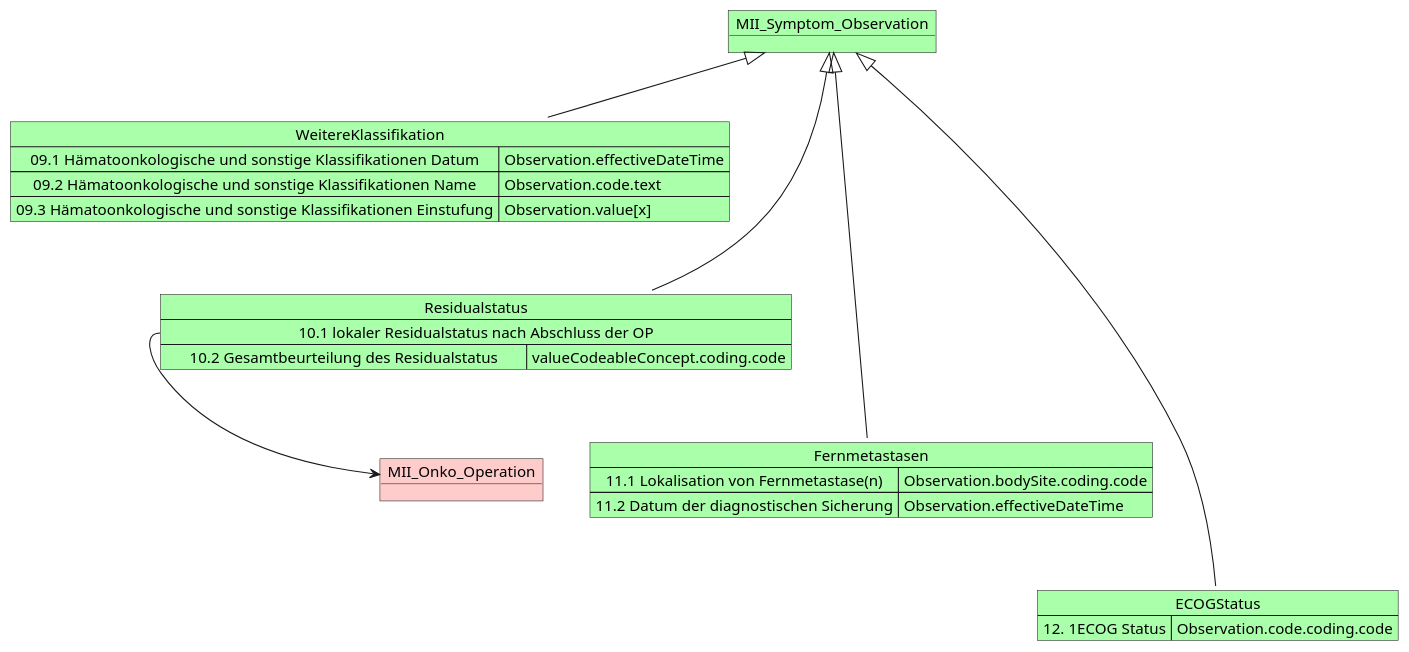
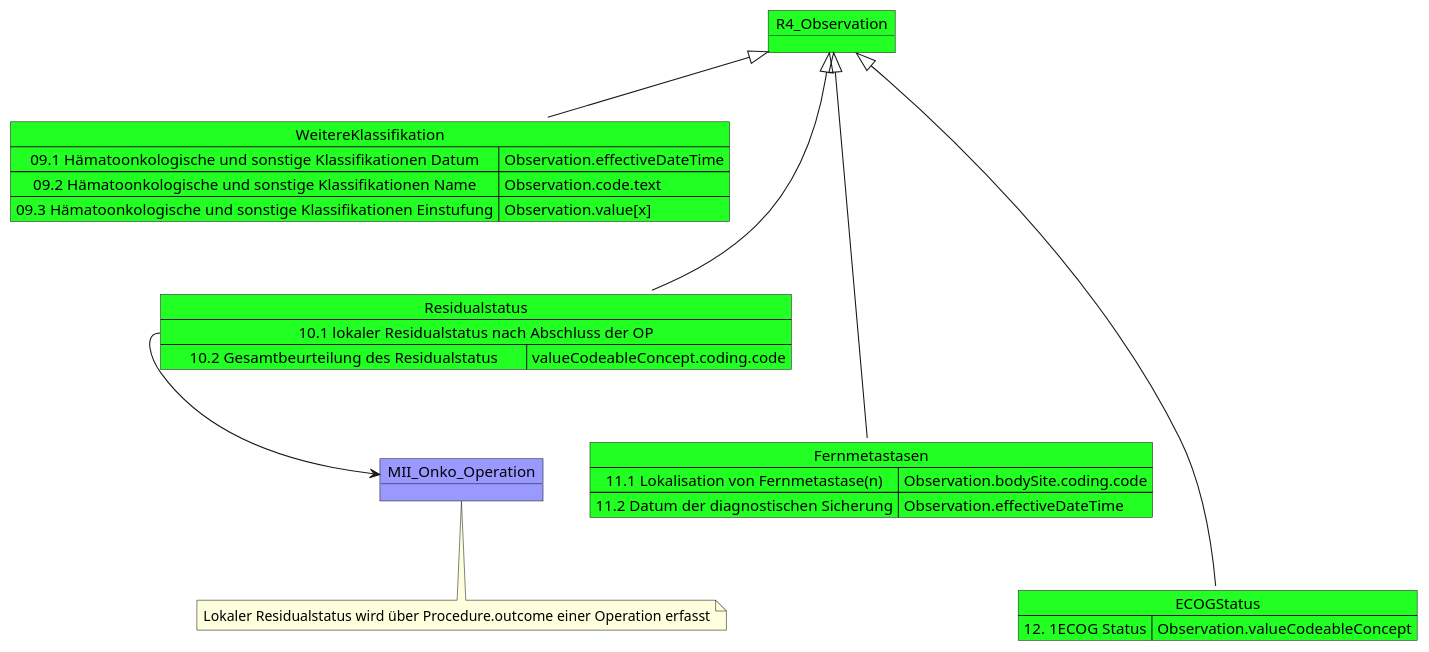
The diagram in information_model/MII_Onko_9-12_Observations.pu (medizininformatik-initiative/kerndatensatzmodul-onkologie), drawn with PlantUML before and after one commit. The commit also changed 8 other files, not shown here.

```diff
--- a/information_model/MII_Onko_9-12_Observations.pu
+++ b/information_model/MII_Onko_9-12_Observations.pu
@@ -1,32 +1,36 @@
 @startuml MII KDS Erweiterungsmodul Onkologie
-object MII_Symptom_Observation #AAFFAA
-Map WeitereKlassifikation #AAFFAA {
+object R4_Observation #22FF22
+Map WeitereKlassifikation #22FF22 {
  09.1 Hämatoonkologische und sonstige Klassifikationen Datum => Observation.effectiveDateTime
  09.2 Hämatoonkologische und sonstige Klassifikationen Name => Observation.code.text
  09.3 Hämatoonkologische und sonstige Klassifikationen Einstufung => Observation.value[x]
 } 
-MII_Symptom_Observation <|-down- WeitereKlassifikation
+R4_Observation <|-down- WeitereKlassifikation
 
-object MII_Onko_Operation #FFCCCC
+object MII_Onko_Operation #9999FF
+note bottom 
+    Lokaler Residualstatus wird über Procedure.outcome einer Operation erfasst
+end note
 
-Map Residualstatus #AAFFAA{
+Map Residualstatus #22FF22{
     10.1 lokaler Residualstatus nach Abschluss der OP *--> MII_Onko_Operation
     10.2 Gesamtbeurteilung des Residualstatus => valueCodeableConcept.coding.code  
 }
-MII_Symptom_Observation <|-down-- Residualstatus
+R4_Observation <|-down-- Residualstatus
 
-Map Fernmetastasen #AAFFAA{
+Map Fernmetastasen #22FF22{
     11.1 Lokalisation von Fernmetastase(n)  => Observation.bodySite.coding.code
     11.2 Datum der diagnostischen Sicherung => Observation.effectiveDateTime
  
 }
-MII_Symptom_Observation <|-down--- Fernmetastasen
+R4_Observation <|-down--- Fernmetastasen
 
 
-Map ECOGStatus #AAFFAA{
-    12. 1ECOG Status => Observation.code.coding.code
+Map ECOGStatus #22FF22{
+    12. 1ECOG Status => Observation.valueCodeableConcept
 
 }
-MII_Symptom_Observation <|-down---- ECOGStatus
+R4_Observation <|-down---- ECOGStatus
+
 
 @enduml
```
